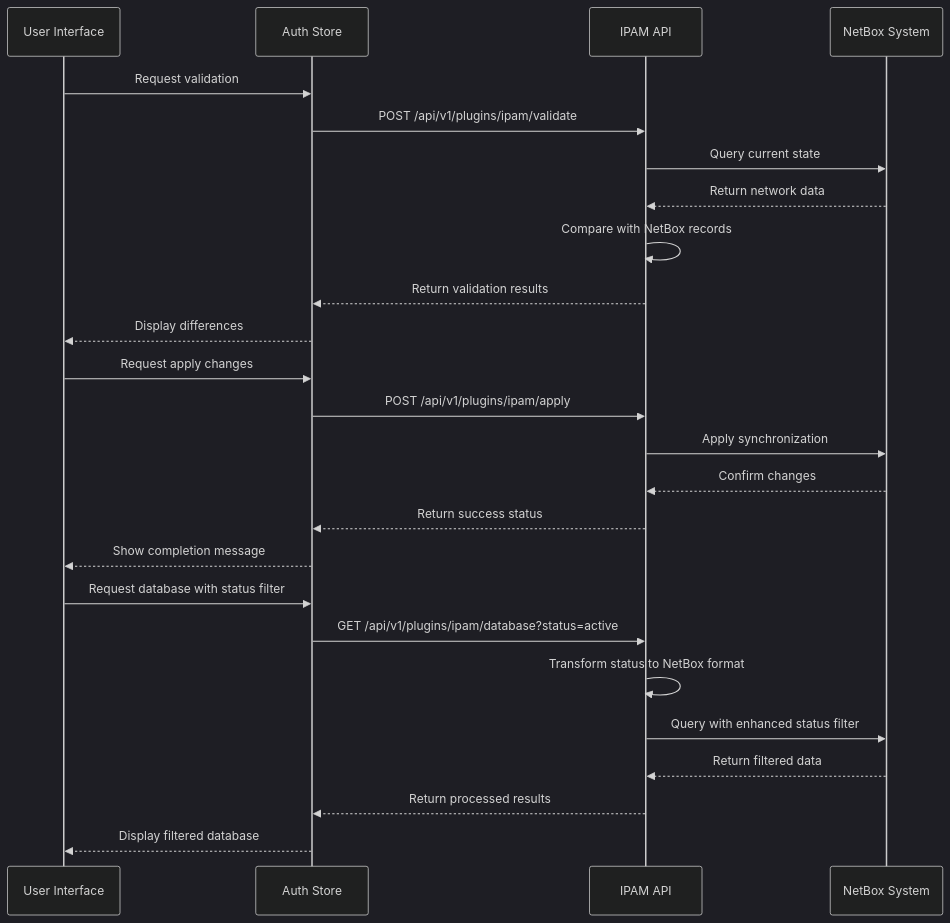
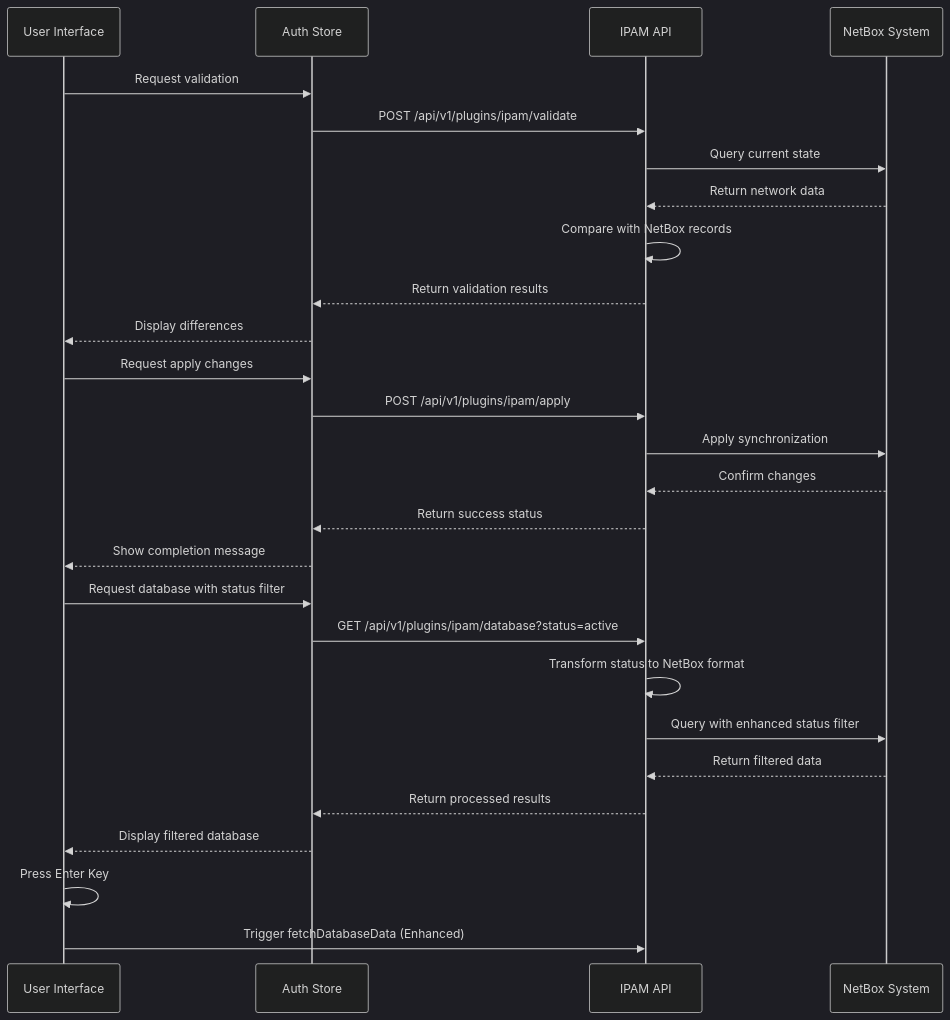
One commit to Nikita5543/New-SSO-02 changed the ninth of 10 diagrams in .qoder/repowiki/en/content/Built-in Plugins/IPAM Plugin.md. Above: the diagram before and after it, drawn with Mermaid (dark theme). The commit also changed other lines of this file and 3 other files, not shown here.

````diff
--- a/.qoder/repowiki/en/content/Built-in Plugins/IPAM Plugin.md
+++ b/.qoder/repowiki/en/content/Built-in Plugins/IPAM Plugin.md
@@ -368,27 +404,29 @@
 ```mermaid
 sequenceDiagram
 participant UI as User Interface
 participant Auth as Auth Store
 participant API as IPAM API
 participant NetBox as NetBox System
 UI->>Auth : Request validation
 Auth->>API : POST /api/v1/plugins/ipam/validate
 API->>NetBox : Query current state
 NetBox-->>API : Return network data
 API->>API : Compare with NetBox records
 API-->>Auth : Return validation results
 Auth-->>UI : Display differences
 UI->>Auth : Request apply changes
 Auth->>API : POST /api/v1/plugins/ipam/apply
 API->>NetBox : Apply synchronization
 NetBox-->>API : Confirm changes
 API-->>Auth : Return success status
 Auth-->>UI : Show completion message
 UI->>Auth : Request database with status filter
 Auth->>API : GET /api/v1/plugins/ipam/database?status=active
 API->>API : Transform status to NetBox format
 API->>NetBox : Query with enhanced status filter
 NetBox-->>API : Return filtered data
 API-->>Auth : Return processed results
 Auth-->>UI : Display filtered database
+UI->>UI : Press Enter Key
+UI->>API : Trigger fetchDatabaseData (Enhanced)
 ```
````
